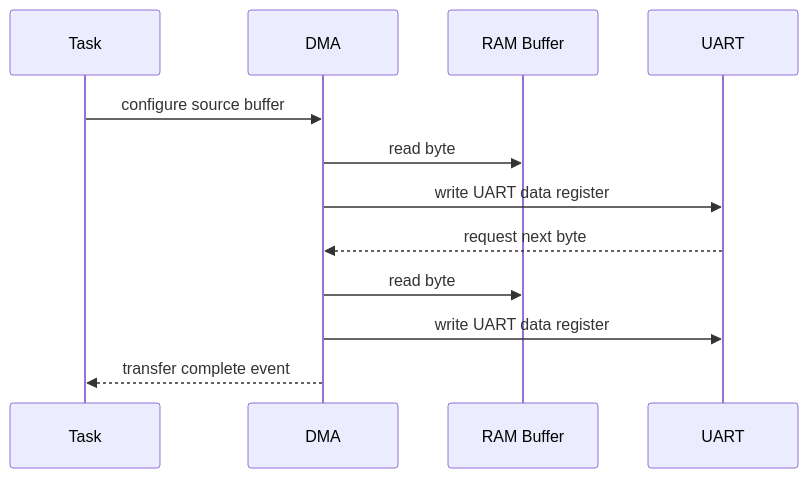
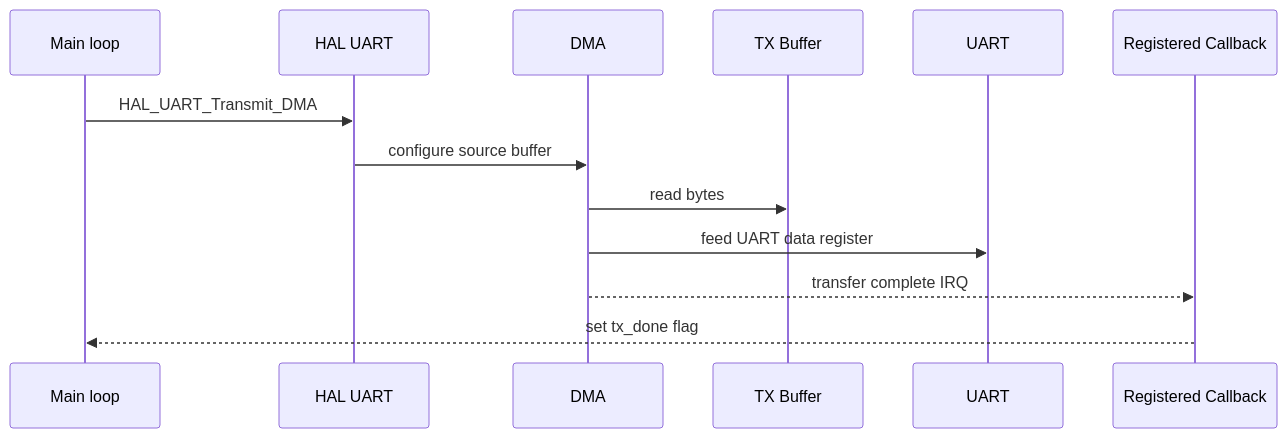
The first of 3 diagrams in decks/uart-dma/slides.md (inaku-Gyan/RM-EC-Tutorial-2026-Summer), drawn with Mermaid before and after one commit. The commit also changed other lines of this file, not shown here.

Commit message:
Redesign UART DMA slides progression

````diff
--- a/decks/uart-dma/slides.md
+++ b/decks/uart-dma/slides.md
@@ -186,15 +343,16 @@
 ```mermaid
 sequenceDiagram
-  participant T as Task
+  participant M as Main loop
+  participant H as HAL UART
   participant D as DMA
-  participant B as RAM Buffer
+  participant B as TX Buffer
   participant U as UART
+  participant C as Registered Callback
 
-  T->>D: configure source buffer
-  D->>B: read byte
-  D->>U: write UART data register
-  U-->>D: request next byte
-  D->>B: read byte
-  D->>U: write UART data register
-  D-->>T: transfer complete event
+  M->>H: HAL_UART_Transmit_DMA
+  H->>D: configure source buffer
+  D->>B: read bytes
+  D->>U: feed UART data register
+  D-->>C: transfer complete IRQ
+  C-->>M: set tx_done flag
 ```
````
